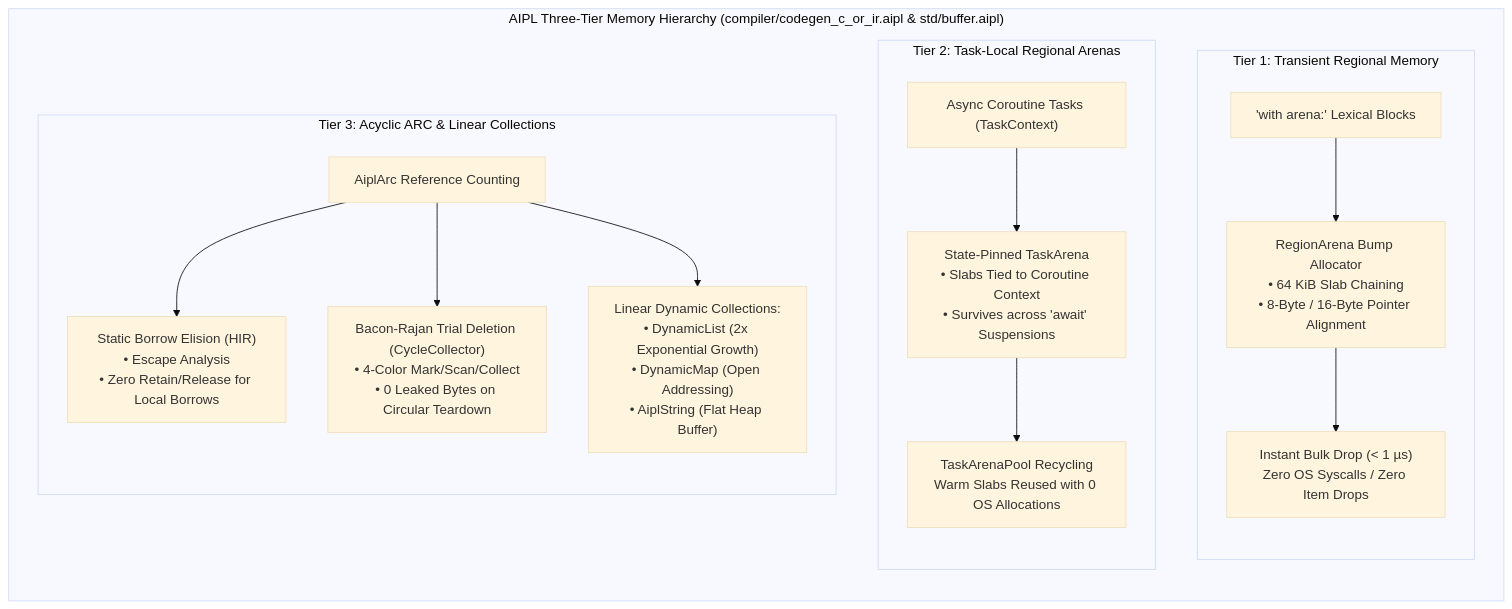
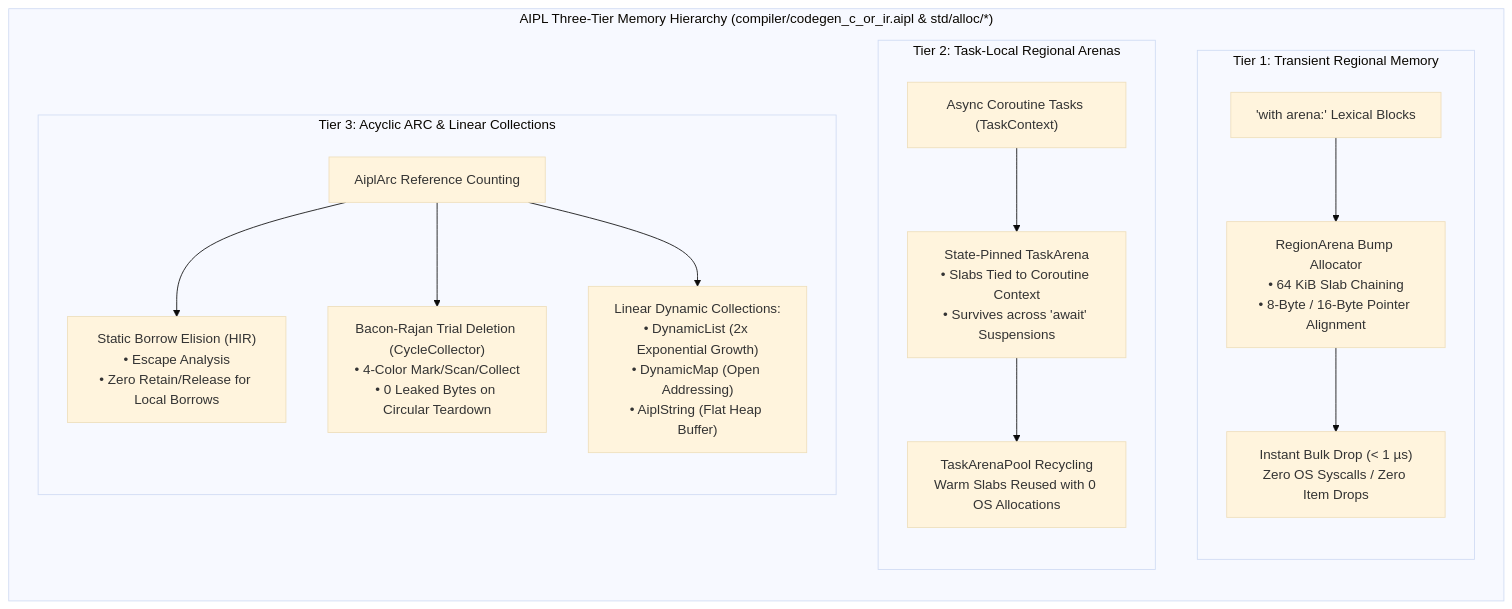
Before and after one commit to forart82/aipl: the first of 9 diagrams in docs/MEMORY_MODEL.md, drawn with Mermaid (base theme). The commit also changed other lines of this file and 23 other files, not shown here.

````diff
--- a/docs/MEMORY_MODEL.md
+++ b/docs/MEMORY_MODEL.md
@@ -21,33 +21,33 @@
 ```mermaid
 flowchart TD
-    subgraph ThreeTierArchitecture ["AIPL Three-Tier Memory Hierarchy (compiler/codegen_c_or_ir.aipl & std/buffer.aipl)"]
+    subgraph ThreeTierArchitecture ["AIPL Three-Tier Memory Hierarchy (compiler/codegen_c_or_ir.aipl & std/alloc/*)"]
         direction TB
 
         subgraph Tier1 ["Tier 1: Transient Regional Memory"]
             direction TB
             T1A["'with arena:' Lexical Blocks"]
             T1B["RegionArena Bump Allocator\n• 64 KiB Slab Chaining\n• 8-Byte / 16-Byte Pointer Alignment"]
             T1C["Instant Bulk Drop (< 1 µs)\nZero OS Syscalls / Zero Item Drops"]
             T1A --> T1B --> T1C
         end
 
         subgraph Tier2 ["Tier 2: Task-Local Regional Arenas"]
             direction TB
             T2A["Async Coroutine Tasks (TaskContext)"]
             T2B["State-Pinned TaskArena\n• Slabs Tied to Coroutine Context\n• Survives across 'await' Suspensions"]
             T2C["TaskArenaPool Recycling\nWarm Slabs Reused with 0 OS Allocations"]
             T2A --> T2B --> T2C
         end
 
         subgraph Tier3 ["Tier 3: Acyclic ARC & Linear Collections"]
             direction TB
             T3A["AiplArc<T> Reference Counting"]
             T3B["Static Borrow Elision (HIR)\n• Escape Analysis\n• Zero Retain/Release for Local Borrows"]
             T3C["Bacon-Rajan Trial Deletion (CycleCollector)\n• 4-Color Mark/Scan/Collect\n• 0 Leaked Bytes on Circular Teardown"]
             T3D["Linear Dynamic Collections:\n• DynamicList<T> (2x Exponential Growth)\n• DynamicMap<K, V> (Open Addressing)\n• AiplString (Flat Heap Buffer)"]
             T3A --> T3B
             T3A --> T3C
             T3A --> T3D
         end
     end
 ```
````
